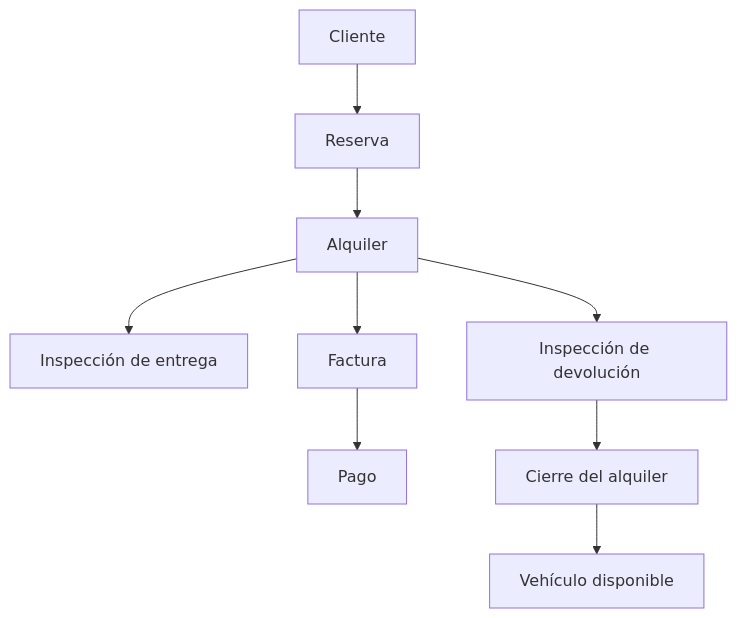
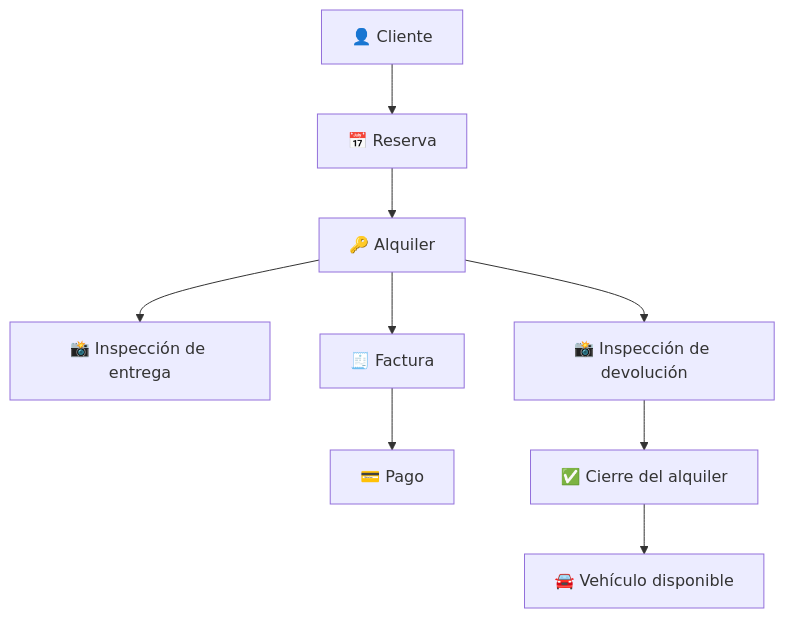
The diagram in README.md (Jairo0811/RentaDrive), drawn with Mermaid before and after one commit. The commit also changed other lines of this file, not shown here.

````diff
--- a/README.md
+++ b/README.md
@@ -94,11 +94,11 @@
 ```mermaid
 flowchart TD
-    A[Cliente] --> B[Reserva]
-    B --> C[Alquiler]
-    C --> D[Inspección de entrega]
-    C --> E[Factura]
-    E --> F[Pago]
-    C --> G[Inspección de devolución]
-    G --> H[Cierre del alquiler]
-    H --> I[Vehículo disponible]
+    A[👤 Cliente] --> B[📅 Reserva]
+    B --> C[🔑 Alquiler]
+    C --> D[📸 Inspección de entrega]
+    C --> E[🧾 Factura]
+    E --> F[💳 Pago]
+    C --> G[📸 Inspección de devolución]
+    G --> H[✅ Cierre del alquiler]
+    H --> I[🚘 Vehículo disponible]
 ```
````
